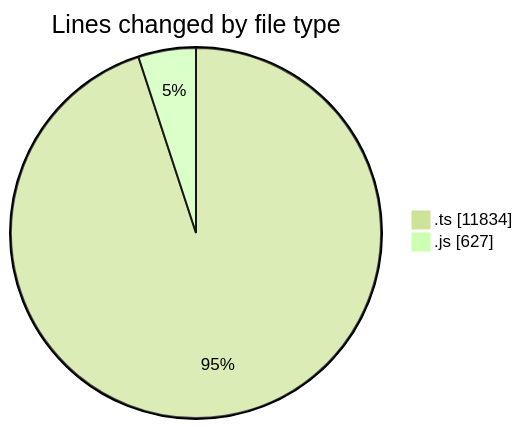
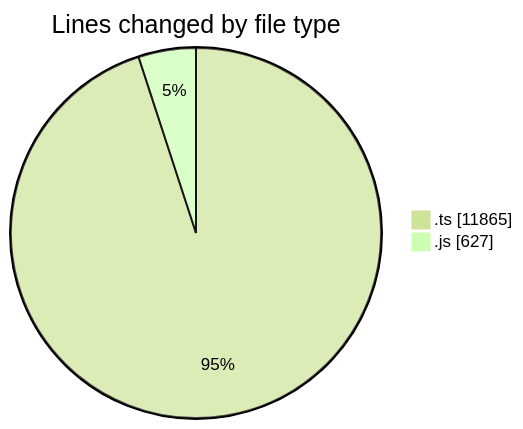
One commit to momahboobian/code-tracking changed the first of 2 diagrams in 2025-09-05/cda/README.md. Above: the diagram before and after it, drawn with Mermaid (forest theme). The commit also changed other lines of this file and 1 other file, not shown here.

````diff
--- a/2025-09-05/cda/README.md
+++ b/2025-09-05/cda/README.md
@@ -23,6 +23,6 @@
 ```mermaid
 pie showData
 title Lines changed by file type
-".ts" : 11834
+".ts" : 11865
 ".js" : 627
 ```
````
